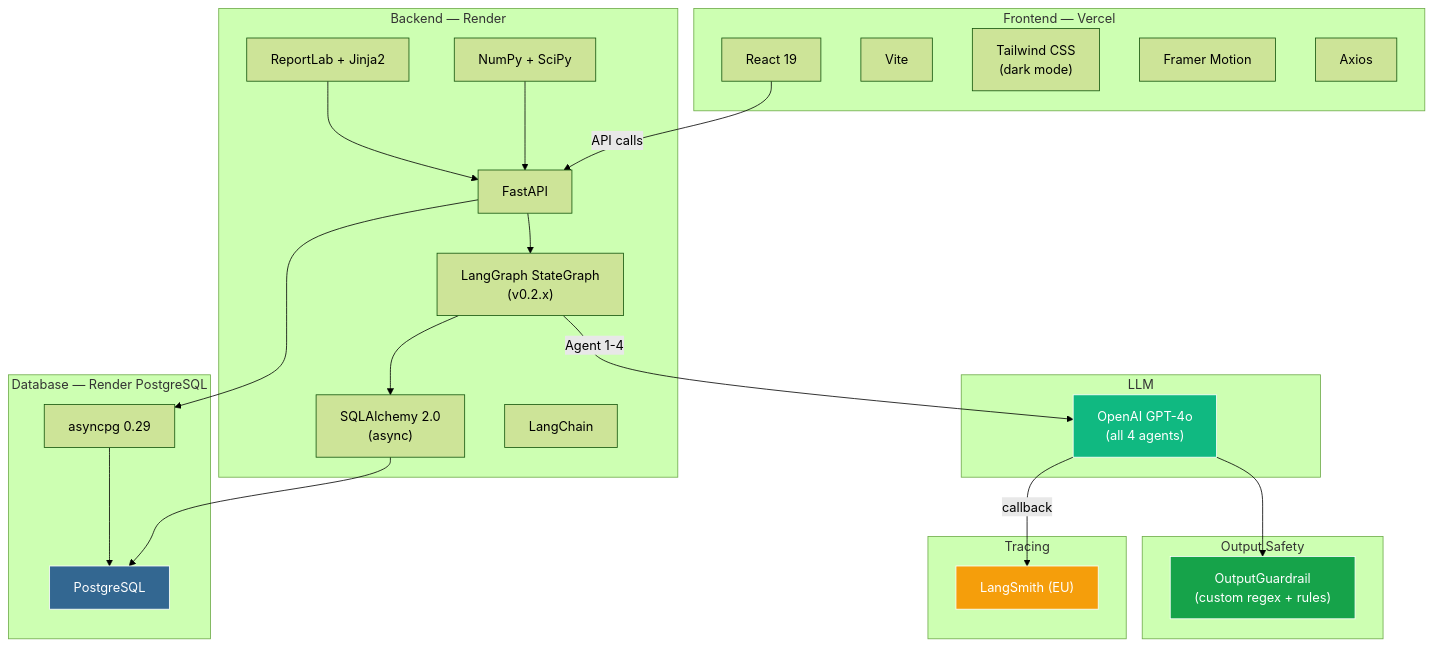
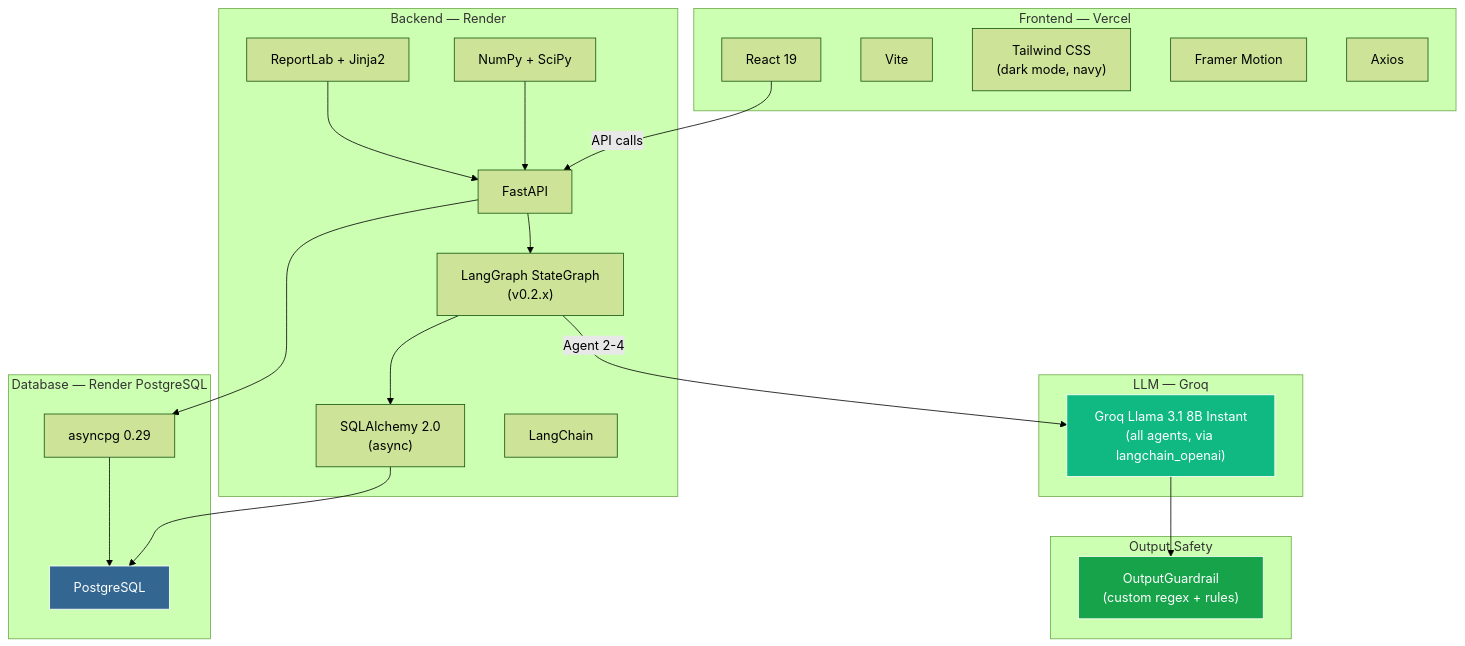
One commit to sajanyerra/pharma-data-integrity-inspector changed the tenth of 11 diagrams in ARCHITECTURE.md. Above: the diagram before and after it, drawn with Mermaid (forest theme). The commit also changed other lines of this file and 2 other files, not shown here.

First line of the commit message:
Docs: update all 3 docs to reflect merged profiler, 3-agent pipeline, async LLM, random anomalies, Groq LLM

````diff
--- a/ARCHITECTURE.md
+++ b/ARCHITECTURE.md
@@ -346,53 +372,47 @@
 ```mermaid
 graph TB
     subgraph Frontend ["Frontend — Vercel"]
         React["React 19"]
         Vite["Vite"]
-        TW["Tailwind CSS<br/>(dark mode)"]
+        TW["Tailwind CSS<br/>(dark mode, navy)"]
         FM["Framer Motion"]
         Axios["Axios"]
     end
 
     subgraph Backend ["Backend — Render"]
         FastAPI["FastAPI"]
         SQLAlchemy["SQLAlchemy 2.0<br/>(async)"]
         LangGraph["LangGraph StateGraph<br/>(v0.2.x)"]
         LangChain["LangChain"]
         NumPy["NumPy + SciPy"]
         ReportLab["ReportLab + Jinja2"]
     end
 
-    subgraph LLM ["LLM"]
-        OpenAI["OpenAI GPT-4o<br/>(all 4 agents)"]
+    subgraph LLM ["LLM — Groq"]
+        Groq["Groq Llama 3.1 8B Instant<br/>(all agents, via langchain_openai)"]
     end
 
     subgraph DB ["Database — Render PostgreSQL"]
         PG["PostgreSQL"]
         AsyncPG["asyncpg 0.29"]
-    end
-
-    subgraph Observability ["Tracing"]
-        LangSmith["LangSmith (EU)"]
     end
 
     subgraph Guard ["Output Safety"]
         OG["OutputGuardrail<br/>(custom regex + rules)"]
     end
 
     React -->|API calls| FastAPI
     FastAPI --> LangGraph
-    LangGraph -->|"Agent 1-4"| OpenAI
-    OpenAI -->|"callback"| LangSmith
+    LangGraph -->|"Agent 2-4"| Groq
     LangGraph --> SQLAlchemy
     SQLAlchemy --> PG
     FastAPI --> AsyncPG
     AsyncPG --> PG
-    OpenAI --> OG
+    Groq --> OG
     NumPy --> FastAPI
     ReportLab --> FastAPI
 
-    style OpenAI fill:#10b981,stroke:#fff,color:#fff
-    style LangSmith fill:#f59e0b,stroke:#fff,color:#fff
+    style Groq fill:#10b981,stroke:#fff,color:#fff
     style OG fill:#16a34a,stroke:#fff,color:#fff
     style PG fill:#336791,stroke:#fff,color:#fff
 ```
````
